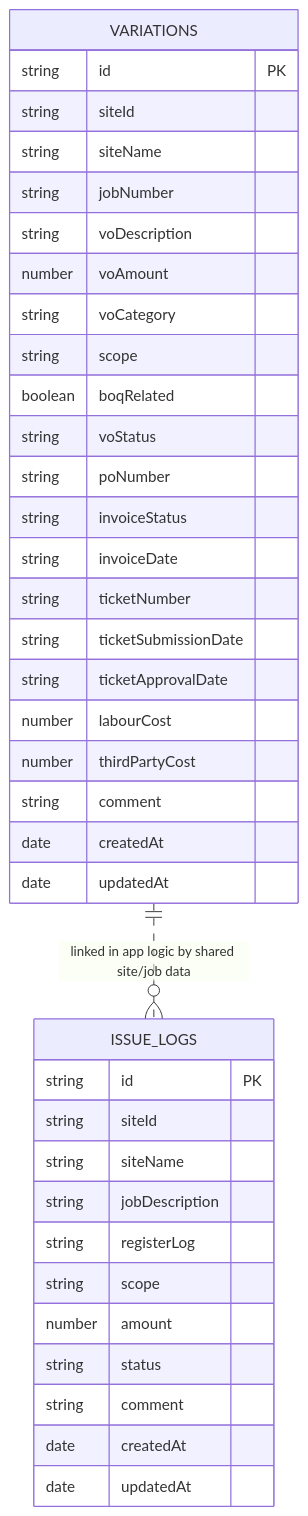
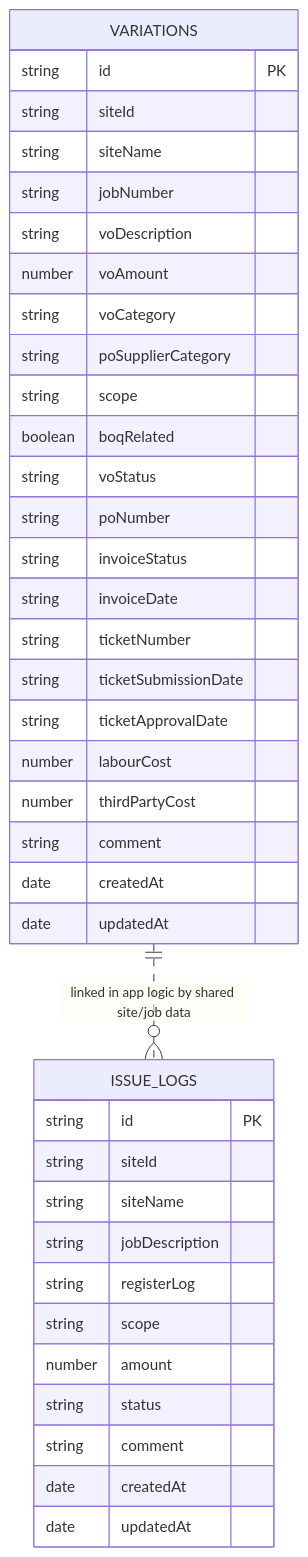
One commit to eanghengty/PTA-Project-Financial-Web-app changed the diagram in DATABASE_DIAGRAM.md. Above: the diagram before and after it, drawn with Mermaid. The commit also changed other lines of this file and 33 other files, not shown here.

````diff
--- a/DATABASE_DIAGRAM.md
+++ b/DATABASE_DIAGRAM.md
@@ -11,42 +11,43 @@
 ```mermaid
 erDiagram
     VARIATIONS {
         string id PK
         string siteId
         string siteName
         string jobNumber
         string voDescription
         number voAmount
         string voCategory
+        string poSupplierCategory
         string scope
         boolean boqRelated
         string voStatus
         string poNumber
         string invoiceStatus
         string invoiceDate
         string ticketNumber
         string ticketSubmissionDate
         string ticketApprovalDate
         number labourCost
         number thirdPartyCost
         string comment
         date createdAt
         date updatedAt
     }
 
     ISSUE_LOGS {
         string id PK
         string siteId
         string siteName
         string jobDescription
         string registerLog
         string scope
         number amount
         string status
         string comment
         date createdAt
         date updatedAt
     }
 
     VARIATIONS ||..o{ ISSUE_LOGS : "linked in app logic by shared site/job data"
 ```
````
